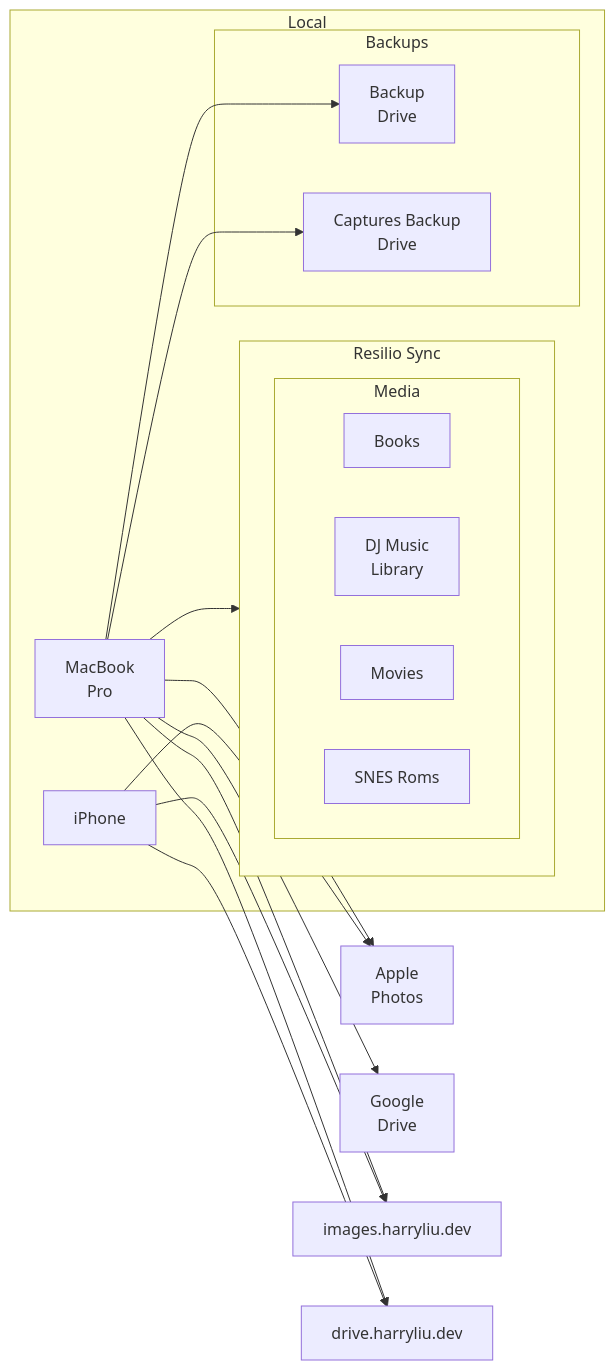
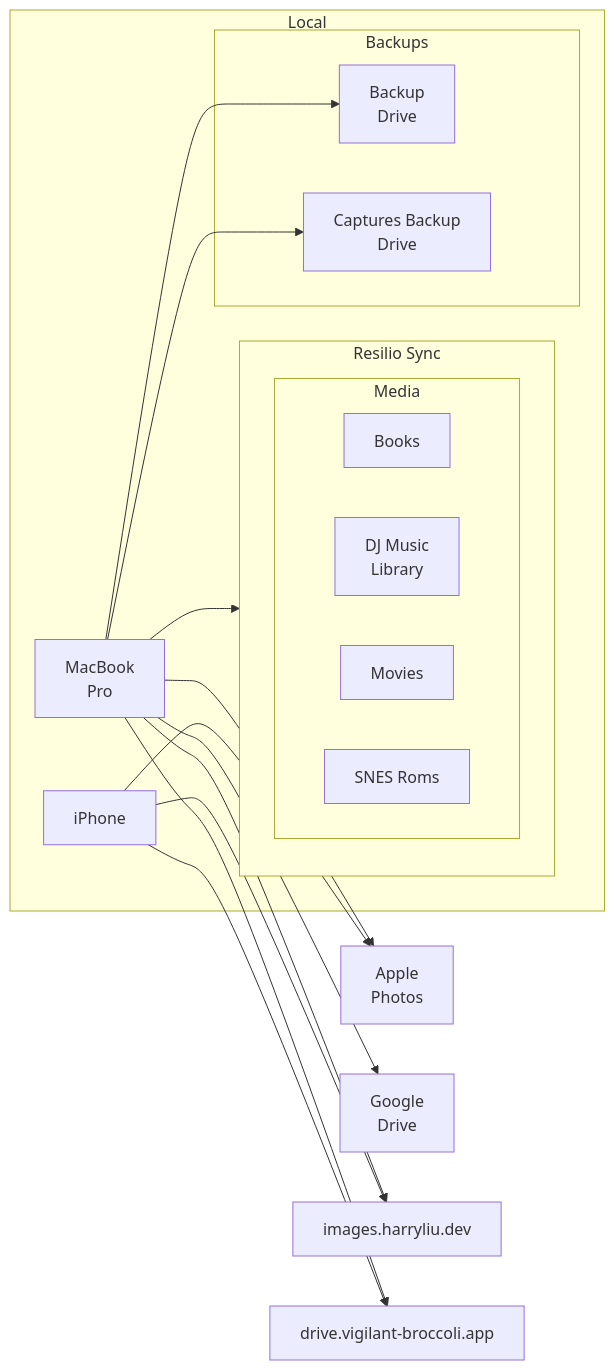
Before and after one commit to iamharryliu/vigilant-broccoli: the first of 2 diagrams in notes/personal/content-management-audit.md, drawn with Mermaid. The commit also changed other lines of this file and 71 other files, not shown here.

Commit message:
enhancement(infrastructure): Move the self-hosted services, VB Express and Sandbox to vigilant-broccoli.app with no redirect from harryliu.dev.

````diff
--- a/notes/personal/content-management-audit.md
+++ b/notes/personal/content-management-audit.md
@@ -43,33 +43,33 @@
 ```mermaid
 flowchart LR
     subgraph LOCAL["Local"]
         MACBOOK_PRO["MacBook<br/>Pro"]
         IPHONE["iPhone"]
         subgraph RESILIO_SYNC["Resilio Sync"]
             subgraph MEDIA["Media"]
                 BOOKS["Books"]
                 DJ_MUSIC_LIBRARY["DJ Music<br/>Library"]
                 MOVIES["Movies"]
                 SNES_ROMS["SNES Roms"]
             end
         end
         subgraph BACKUPS["Backups"]
             BACKUP_DRIVE["Backup<br/>Drive"]
             CAPTURES_BACKUP_DRIVE["Captures Backup<br/>Drive"]
         end
     end
     APPLE_PHOTOS["Apple<br/>Photos"]
     IPHONE --> APPLE_PHOTOS
     MACBOOK_PRO --> APPLE_PHOTOS
     GOOGLE_DRIVE["Google<br/>Drive"]
     MACBOOK_PRO --> GOOGLE_DRIVE
     IMAGES_HARRYLIU_DEV["images.harryliu.dev"]
-    DRIVE_HARRYLIU_DEV["drive.harryliu.dev"]
+    DRIVE_HARRYLIU_DEV["drive.vigilant-broccoli.app"]
     IPHONE --> IMAGES_HARRYLIU_DEV
     MACBOOK_PRO --> IMAGES_HARRYLIU_DEV
     IPHONE --> DRIVE_HARRYLIU_DEV
     MACBOOK_PRO --> DRIVE_HARRYLIU_DEV
     MACBOOK_PRO --> RESILIO_SYNC
     MACBOOK_PRO --> BACKUP_DRIVE
     MACBOOK_PRO --> CAPTURES_BACKUP_DRIVE
 ```
````
